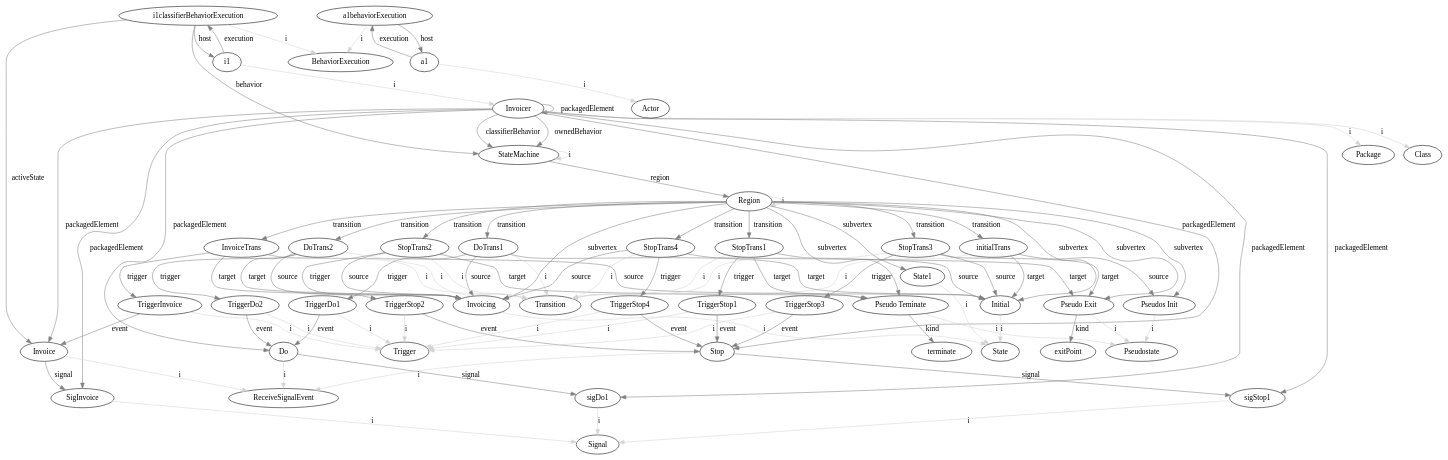
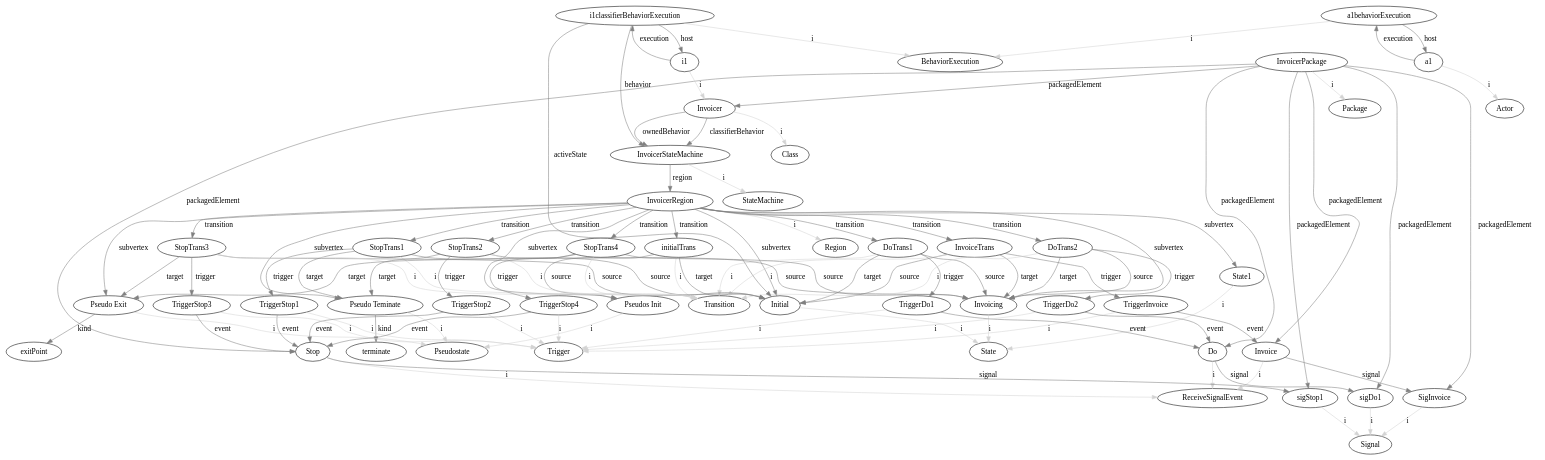
The diagram in GraphOutputs/state0.dot (luisneiva/graf-framework), drawn with Graphviz before and after one commit. The commit also changed 12 other files, not shown here.

```diff
--- a/GraphOutputs/state0.dot
+++ b/GraphOutputs/state0.dot
@@ -1,102 +1,102 @@
 digraph umlMetamodel {
-	"Invoicer" -> "Package" [label="i", color="lightgrey"]
-	"Invoicer" -> "Invoicer" [label="packagedElement", color="grey"]
+	"InvoicerPackage" -> "Package" [label="i", color="lightgrey"]
+	"InvoicerPackage" -> "Invoicer" [label="packagedElement", color="grey"]
 	"Invoicer" -> "Class" [label="i", color="lightgrey"]
-	"Invoicer" -> "StateMachine" [label="classifierBehavior", color="grey"]
-	"Invoicer" -> "StateMachine" [label="ownedBehavior", color="grey"]
-	"StateMachine" -> "StateMachine" [label="i", color="lightgrey"]
-	"StateMachine" -> "Region" [label="region", color="grey"]
-	"Region" -> "Region" [label="i", color="lightgrey"]
-	"Region" -> "State1" [label="subvertex", color="grey"]
+	"Invoicer" -> "InvoicerStateMachine" [label="classifierBehavior", color="grey"]
+	"Invoicer" -> "InvoicerStateMachine" [label="ownedBehavior", color="grey"]
+	"InvoicerStateMachine" -> "StateMachine" [label="i", color="lightgrey"]
+	"InvoicerStateMachine" -> "InvoicerRegion" [label="region", color="grey"]
+	"InvoicerRegion" -> "Region" [label="i", color="lightgrey"]
+	"InvoicerRegion" -> "State1" [label="subvertex", color="grey"]
 	"State1" -> "State" [label="i", color="lightgrey"]
-	"Region" -> "Initial" [label="subvertex", color="grey"]
+	"InvoicerRegion" -> "Initial" [label="subvertex", color="grey"]
 	"Initial" -> "State" [label="i", color="lightgrey"]
-	"Region" -> "Pseudos Init" [label="subvertex", color="grey"]
+	"InvoicerRegion" -> "Pseudos Init" [label="subvertex", color="grey"]
 	"Pseudos Init" -> "Pseudostate" [label="i", color="lightgrey"]
-	"Region" -> "Invoicing" [label="subvertex", color="grey"]
+	"InvoicerRegion" -> "Invoicing" [label="subvertex", color="grey"]
 	"Invoicing" -> "State" [label="i", color="lightgrey"]
-	"Region" -> "Pseudo Teminate" [label="subvertex", color="grey"]
+	"InvoicerRegion" -> "Pseudo Teminate" [label="subvertex", color="grey"]
 	"Pseudo Teminate" -> "Pseudostate" [label="i", color="lightgrey"]
 	"Pseudo Teminate" -> "terminate" [label="kind", color="grey"]
-	"Region" -> "Pseudo Exit" [label="subvertex", color="grey"]
+	"InvoicerRegion" -> "Pseudo Exit" [label="subvertex", color="grey"]
 	"Pseudo Exit" -> "Pseudostate" [label="i", color="lightgrey"]
 	"Pseudo Exit" -> "exitPoint" [label="kind", color="grey"]
-	"Region" -> "initialTrans" [label="transition", color="grey"]
+	"InvoicerRegion" -> "initialTrans" [label="transition", color="grey"]
 	"initialTrans" -> "Transition" [label="i", color="lightgrey"]
 	"initialTrans" -> "Pseudos Init" [label="source", color="grey"]
 	"initialTrans" -> "Initial" [label="target", color="grey"]
-	"Region" -> "InvoiceTrans" [label="transition", color="grey"]
+	"InvoicerRegion" -> "InvoiceTrans" [label="transition", color="grey"]
 	"InvoiceTrans" -> "Transition" [label="i", color="lightgrey"]
 	"InvoiceTrans" -> "Initial" [label="source", color="grey"]
 	"InvoiceTrans" -> "Invoicing" [label="target", color="grey"]
 	"InvoiceTrans" -> "TriggerInvoice" [label="trigger", color="grey"]
 	"TriggerInvoice" -> "Trigger" [label="i", color="lightgrey"]
 	"TriggerInvoice" -> "Invoice" [label="event", color="grey"]
-	"Region" -> "DoTrans1" [label="transition", color="grey"]
+	"InvoicerRegion" -> "DoTrans1" [label="transition", color="grey"]
 	"DoTrans1" -> "Transition" [label="i", color="lightgrey"]
 	"DoTrans1" -> "Invoicing" [label="source", color="grey"]
 	"DoTrans1" -> "Initial" [label="target", color="grey"]
 	"DoTrans1" -> "TriggerDo1" [label="trigger", color="grey"]
 	"TriggerDo1" -> "Trigger" [label="i", color="lightgrey"]
 	"TriggerDo1" -> "Do" [label="event", color="grey"]
-	"Region" -> "StopTrans1" [label="transition", color="grey"]
+	"InvoicerRegion" -> "StopTrans1" [label="transition", color="grey"]
 	"StopTrans1" -> "Transition" [label="i", color="lightgrey"]
 	"StopTrans1" -> "Initial" [label="source", color="grey"]
 	"StopTrans1" -> "Pseudo Teminate" [label="target", color="grey"]
 	"StopTrans1" -> "TriggerStop1" [label="trigger", color="grey"]
 	"TriggerStop1" -> "Trigger" [label="i", color="lightgrey"]
 	"TriggerStop1" -> "Stop" [label="event", color="grey"]
-	"Region" -> "StopTrans2" [label="transition", color="grey"]
+	"InvoicerRegion" -> "StopTrans2" [label="transition", color="grey"]
 	"StopTrans2" -> "Transition" [label="i", color="lightgrey"]
 	"StopTrans2" -> "Invoicing" [label="source", color="grey"]
 	"StopTrans2" -> "Pseudo Teminate" [label="target", color="grey"]
 	"StopTrans2" -> "TriggerStop2" [label="trigger", color="grey"]
 	"TriggerStop2" -> "Trigger" [label="i", color="lightgrey"]
 	"TriggerStop2" -> "Stop" [label="event", color="grey"]
-	"Region" -> "DoTrans2" [label="transition", color="grey"]
+	"InvoicerRegion" -> "DoTrans2" [label="transition", color="grey"]
 	"DoTrans2" -> "Transition" [label="i", color="lightgrey"]
 	"DoTrans2" -> "Invoicing" [label="source", color="grey"]
 	"DoTrans2" -> "Invoicing" [label="target", color="grey"]
 	"DoTrans2" -> "TriggerDo2" [label="trigger", color="grey"]
 	"TriggerDo2" -> "Trigger" [label="i", color="lightgrey"]
 	"TriggerDo2" -> "Do" [label="event", color="grey"]
-	"Region" -> "StopTrans3" [label="transition", color="grey"]
+	"InvoicerRegion" -> "StopTrans3" [label="transition", color="grey"]
 	"StopTrans3" -> "Transition" [label="i", color="lightgrey"]
 	"StopTrans3" -> "Initial" [label="source", color="grey"]
 	"StopTrans3" -> "Pseudo Exit" [label="target", color="grey"]
 	"StopTrans3" -> "TriggerStop3" [label="trigger", color="grey"]
 	"TriggerStop3" -> "Trigger" [label="i", color="lightgrey"]
 	"TriggerStop3" -> "Stop" [label="event", color="grey"]
-	"Region" -> "StopTrans4" [label="transition", color="grey"]
+	"InvoicerRegion" -> "StopTrans4" [label="transition", color="grey"]
 	"StopTrans4" -> "Transition" [label="i", color="lightgrey"]
 	"StopTrans4" -> "Invoicing" [label="source", color="grey"]
 	"StopTrans4" -> "Pseudo Exit" [label="target", color="grey"]
 	"StopTrans4" -> "TriggerStop4" [label="trigger", color="grey"]
 	"TriggerStop4" -> "Trigger" [label="i", color="lightgrey"]
 	"TriggerStop4" -> "Stop" [label="event", color="grey"]
-	"Invoicer" -> "Do" [label="packagedElement", color="grey"]
+	"InvoicerPackage" -> "Do" [label="packagedElement", color="grey"]
 	"Do" -> "ReceiveSignalEvent" [label="i", color="lightgrey"]
 	"Do" -> "sigDo1" [label="signal", color="grey"]
-	"Invoicer" -> "sigDo1" [label="packagedElement", color="grey"]
+	"InvoicerPackage" -> "sigDo1" [label="packagedElement", color="grey"]
 	"sigDo1" -> "Signal" [label="i", color="lightgrey"]
-	"Invoicer" -> "Stop" [label="packagedElement", color="grey"]
+	"InvoicerPackage" -> "Stop" [label="packagedElement", color="grey"]
 	"Stop" -> "ReceiveSignalEvent" [label="i", color="lightgrey"]
 	"Stop" -> "sigStop1" [label="signal", color="grey"]
-	"Invoicer" -> "sigStop1" [label="packagedElement", color="grey"]
+	"InvoicerPackage" -> "sigStop1" [label="packagedElement", color="grey"]
 	"sigStop1" -> "Signal" [label="i", color="lightgrey"]
-	"Invoicer" -> "Invoice" [label="packagedElement", color="grey"]
+	"InvoicerPackage" -> "Invoice" [label="packagedElement", color="grey"]
 	"Invoice" -> "ReceiveSignalEvent" [label="i", color="lightgrey"]
 	"Invoice" -> "SigInvoice" [label="signal", color="grey"]
-	"Invoicer" -> "SigInvoice" [label="packagedElement", color="grey"]
+	"InvoicerPackage" -> "SigInvoice" [label="packagedElement", color="grey"]
 	"SigInvoice" -> "Signal" [label="i", color="lightgrey"]
 	"i1" -> "Invoicer" [label="i", color="lightgrey"]
 	"i1classifierBehaviorExecution" -> "BehaviorExecution" [label="i", color="lightgrey"]
 	"i1" -> "i1classifierBehaviorExecution" [label="execution", color="grey"]
 	"i1classifierBehaviorExecution" -> "i1" [label="host", color="grey"]
-	"i1classifierBehaviorExecution" -> "StateMachine" [label="behavior", color="grey"]
-	"i1classifierBehaviorExecution" -> "Invoice" [label="activeState", color="grey"]
+	"i1classifierBehaviorExecution" -> "InvoicerStateMachine" [label="behavior", color="grey"]
+	"i1classifierBehaviorExecution" -> "Initial" [label="activeState", color="grey"]
 	"a1" -> "Actor" [label="i", color="lightgrey"]
 	"a1behaviorExecution" -> "BehaviorExecution" [label="i", color="lightgrey"]
 	"a1" -> "a1behaviorExecution" [label="execution", color="grey"]
 	"a1behaviorExecution" -> "a1" [label="host", color="grey"]
 }
```
